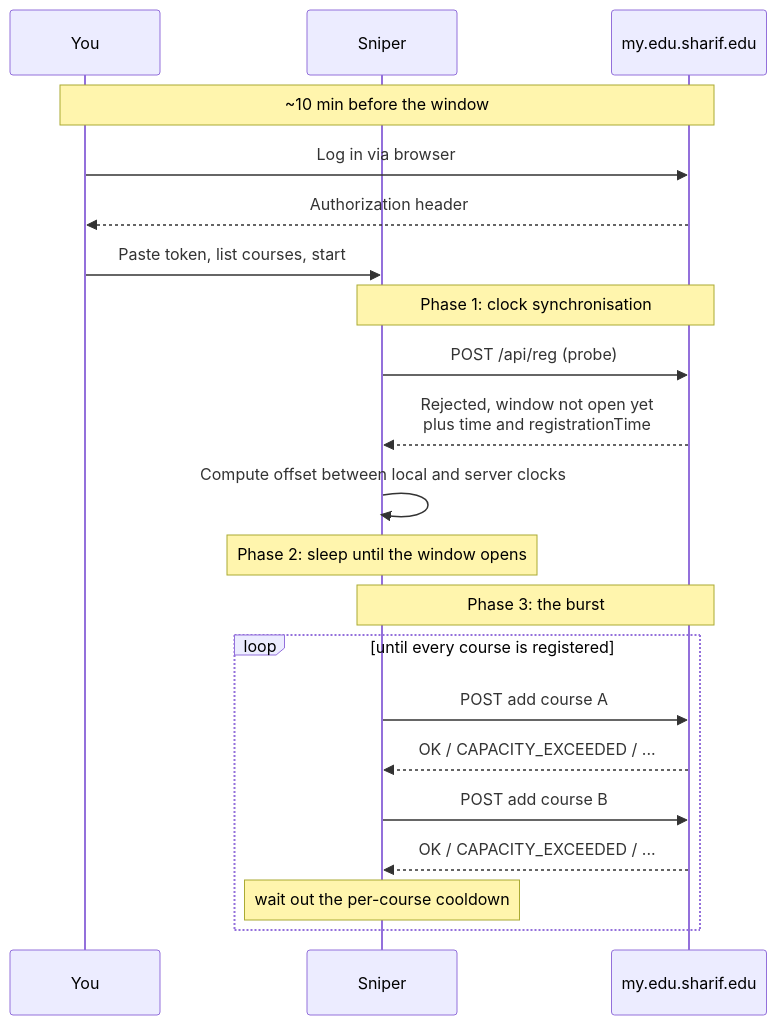
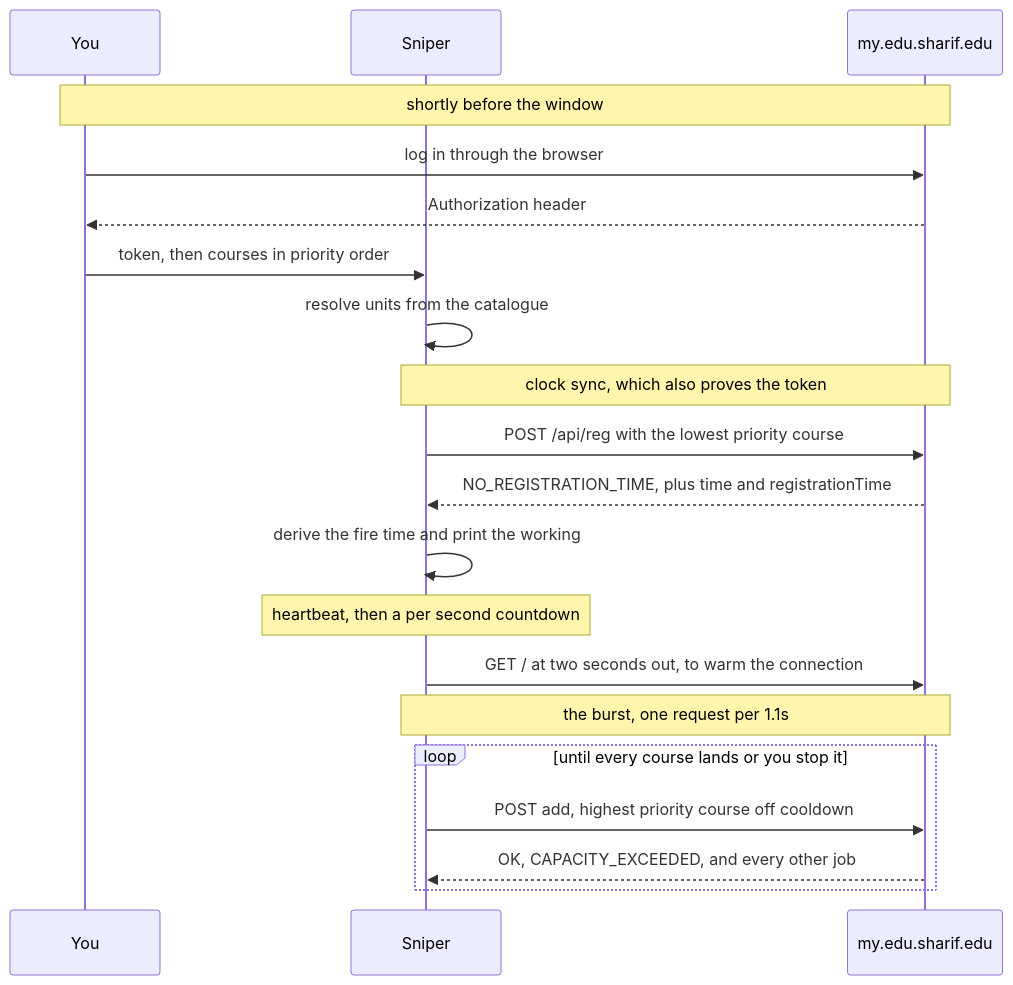
Before and after one commit to erfnzdeh/my.edu.sharif.edu-sniper: the second of 3 diagrams in README.md, drawn with Mermaid. The commit also changed other lines of this file, not shown here.

First line of the commit message:
Rewrite the README around the measured server contract

````diff
--- a/README.md
+++ b/README.md
@@ -40,27 +87,26 @@
 ```mermaid
 sequenceDiagram
     participant U as You
     participant C as Sniper
     participant S as my.edu.sharif.edu
 
-    Note over U,S: ~10 min before the window
-    U->>S: Log in via browser
+    Note over U,S: shortly before the window
+    U->>S: log in through the browser
     S-->>U: Authorization header
-    U->>C: Paste token, list courses, start
+    U->>C: token, then courses in priority order
+    C->>C: resolve units from the catalogue
 
-    Note over C,S: Phase 1: clock synchronisation
-    C->>S: POST /api/reg (probe)
-    S-->>C: Rejected, window not open yet<br/>plus time and registrationTime
-    C->>C: Compute offset between local and server clocks
+    Note over C,S: clock sync, which also proves the token
+    C->>S: POST /api/reg with the lowest priority course
+    S-->>C: NO_REGISTRATION_TIME, plus time and registrationTime
+    C->>C: derive the fire time and print the working
 
-    Note over C: Phase 2: sleep until the window opens
+    Note over C: heartbeat, then a per second countdown
+    C->>S: GET / at two seconds out, to warm the connection
 
-    Note over C,S: Phase 3: the burst
-    loop until every course is registered
-        C->>S: POST add course A
-        S-->>C: OK / CAPACITY_EXCEEDED / ...
-        C->>S: POST add course B
-        S-->>C: OK / CAPACITY_EXCEEDED / ...
-        Note over C: wait out the per-course cooldown
+    Note over C,S: the burst, one request per 1.1s
+    loop until every course lands or you stop it
+        C->>S: POST add, highest priority course off cooldown
+        S-->>C: OK, CAPACITY_EXCEEDED, and every other job
     end
 ```
````
